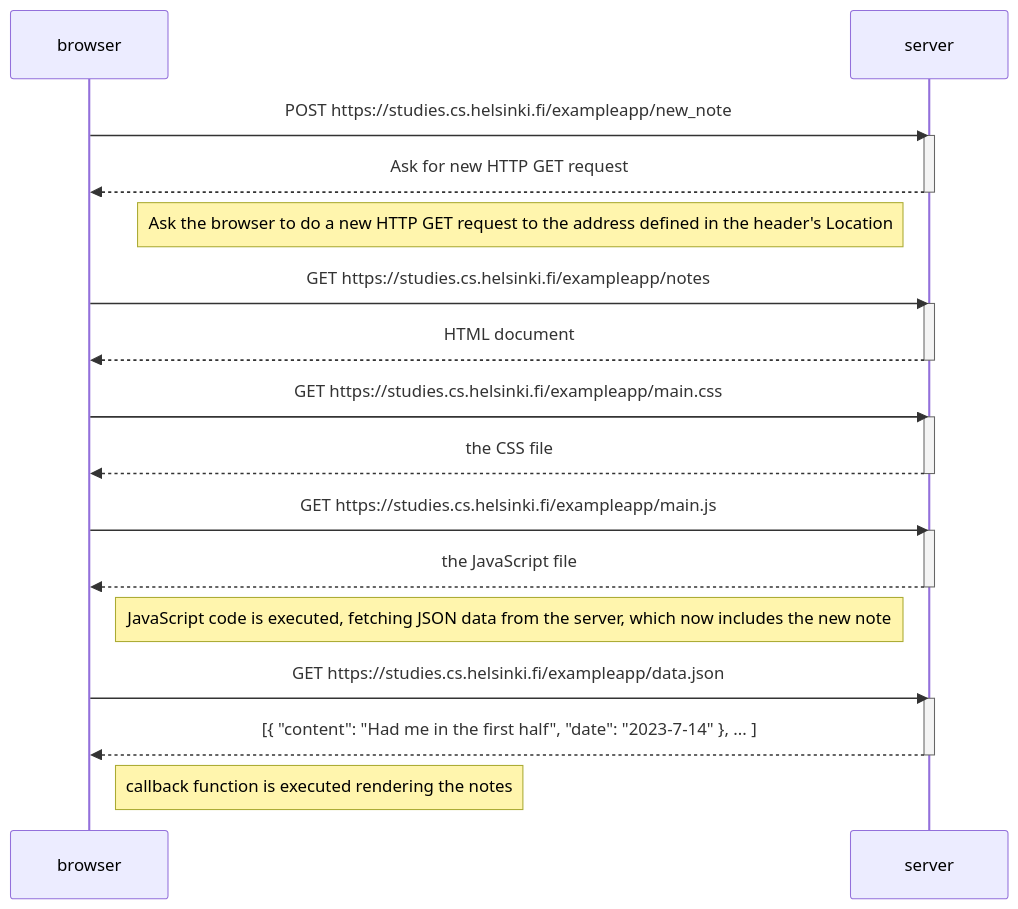
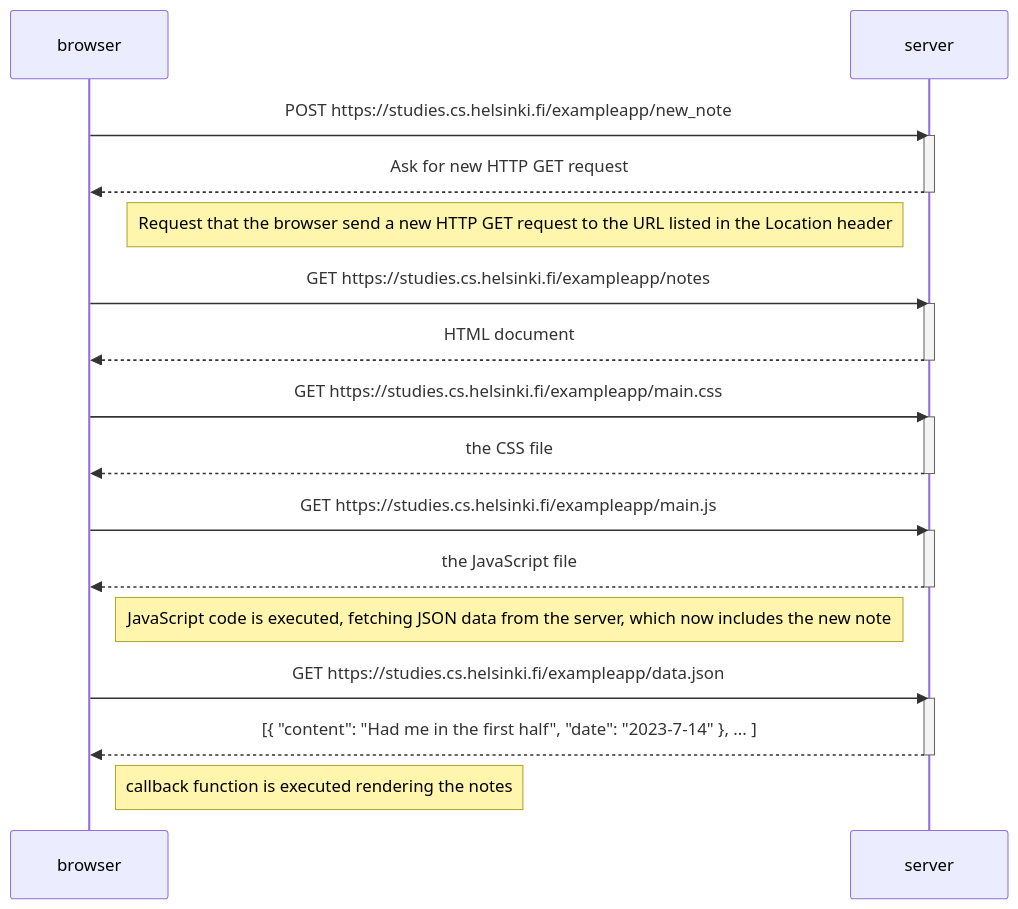
One commit to SirDon3/part0 changed the diagram in NewNoteDiagram/Diagram.md. Above: the diagram before and after it, drawn with Mermaid.

````diff
--- a/NewNoteDiagram/Diagram.md
+++ b/NewNoteDiagram/Diagram.md
@@ -3,38 +3,38 @@
 ```mermaid
 
 
 sequenceDiagram
     participant browser
     participant server
 
     browser->>server: POST https://studies.cs.helsinki.fi/exampleapp/new_note
     activate server
     server-->>browser:  Ask for new HTTP GET request
     deactivate server
 
-    Note left of server: Ask the browser to do a new HTTP GET request to the address defined in the header's Location
+    Note left of server: Request that the browser send a new HTTP GET request to the URL listed in the Location header
 
     browser->>server: GET https://studies.cs.helsinki.fi/exampleapp/notes
     activate server
     server-->>browser: HTML document
     deactivate server
 
     browser->>server: GET https://studies.cs.helsinki.fi/exampleapp/main.css
     activate server
     server-->>browser: the CSS file
     deactivate server
 
     browser->>server: GET https://studies.cs.helsinki.fi/exampleapp/main.js
     activate server
     server-->>browser: the JavaScript file
     deactivate server
 
     Note right of browser: JavaScript code is executed, fetching JSON data from the server, which now includes the new note
 
     browser->>server: GET https://studies.cs.helsinki.fi/exampleapp/data.json
     activate server
     server-->>browser: [{ "content": "Had me in the first half", "date": "2023-7-14" }, ... ]
     deactivate server
 
     Note right of browser: callback function is executed rendering the notes
 ```
````
